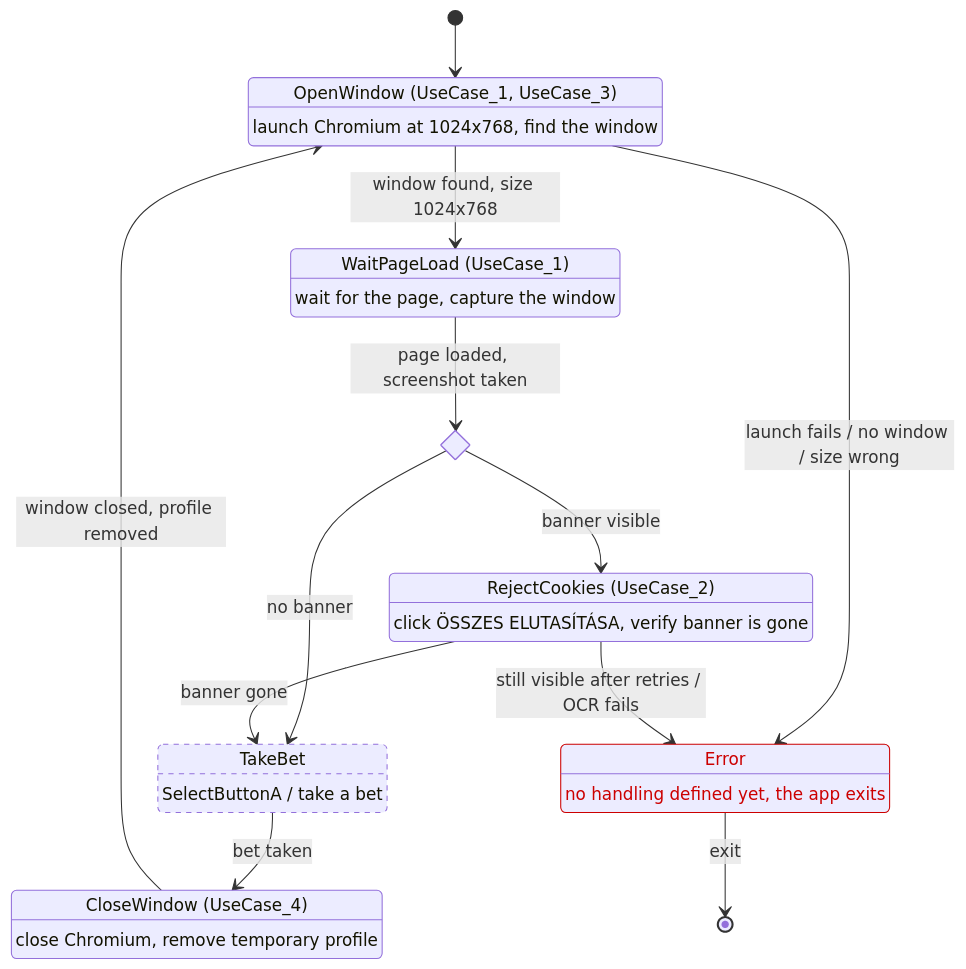
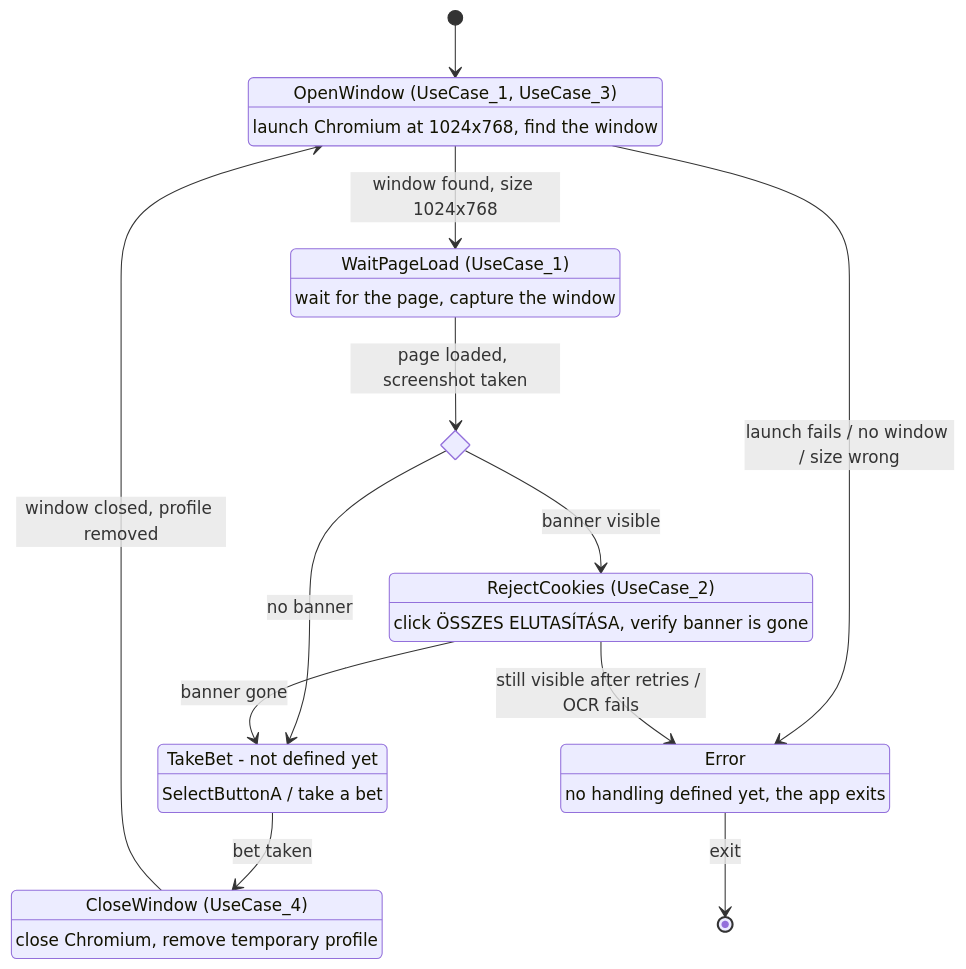
The diagram in the_app_AI/docs/use_cases.md (ostoadhu/howToMakeItWork), drawn with Mermaid before and after one commit. The commit also changed 1 other file, not shown here.

Commit message:
use_proper_mermaid_versino

````diff
--- a/the_app_AI/docs/use_cases.md
+++ b/the_app_AI/docs/use_cases.md
@@ -34,31 +34,27 @@
 ```mermaid
 stateDiagram-v2
     [*] --> OpenWindow
     state "OpenWindow (UseCase_1, UseCase_3)" as OpenWindow
     OpenWindow : launch Chromium at 1024x768, find the window
     state "WaitPageLoad (UseCase_1)" as WaitPageLoad
     WaitPageLoad : wait for the page, capture the window
     state BannerVisible <<choice>>
     state "RejectCookies (UseCase_2)" as RejectCookies
     RejectCookies : click ÖSSZES ELUTASÍTÁSA, verify banner is gone
-    state "TakeBet" as TakeBet
+    state "TakeBet - not defined yet" as TakeBet
     TakeBet : SelectButtonA / take a bet
     state "CloseWindow (UseCase_4)" as CloseWindow
     CloseWindow : close Chromium, remove temporary profile
     state "Error" as Error
     Error : no handling defined yet, the app exits
     OpenWindow --> WaitPageLoad : window found, size 1024x768
     OpenWindow --> Error : launch fails / no window / size wrong
     WaitPageLoad --> BannerVisible : page loaded, screenshot taken
     BannerVisible --> RejectCookies : banner visible
     BannerVisible --> TakeBet : no banner
     RejectCookies --> TakeBet : banner gone
     RejectCookies --> Error : still visible after retries / OCR fails
     TakeBet --> CloseWindow : bet taken
     CloseWindow --> OpenWindow : window closed, profile removed
     Error --> [*] : exit
-    classDef undefined stroke-dasharray: 5 5
-    class TakeBet undefined
-    classDef error stroke:#c00,color:#c00
-    class Error error
 ```
````
